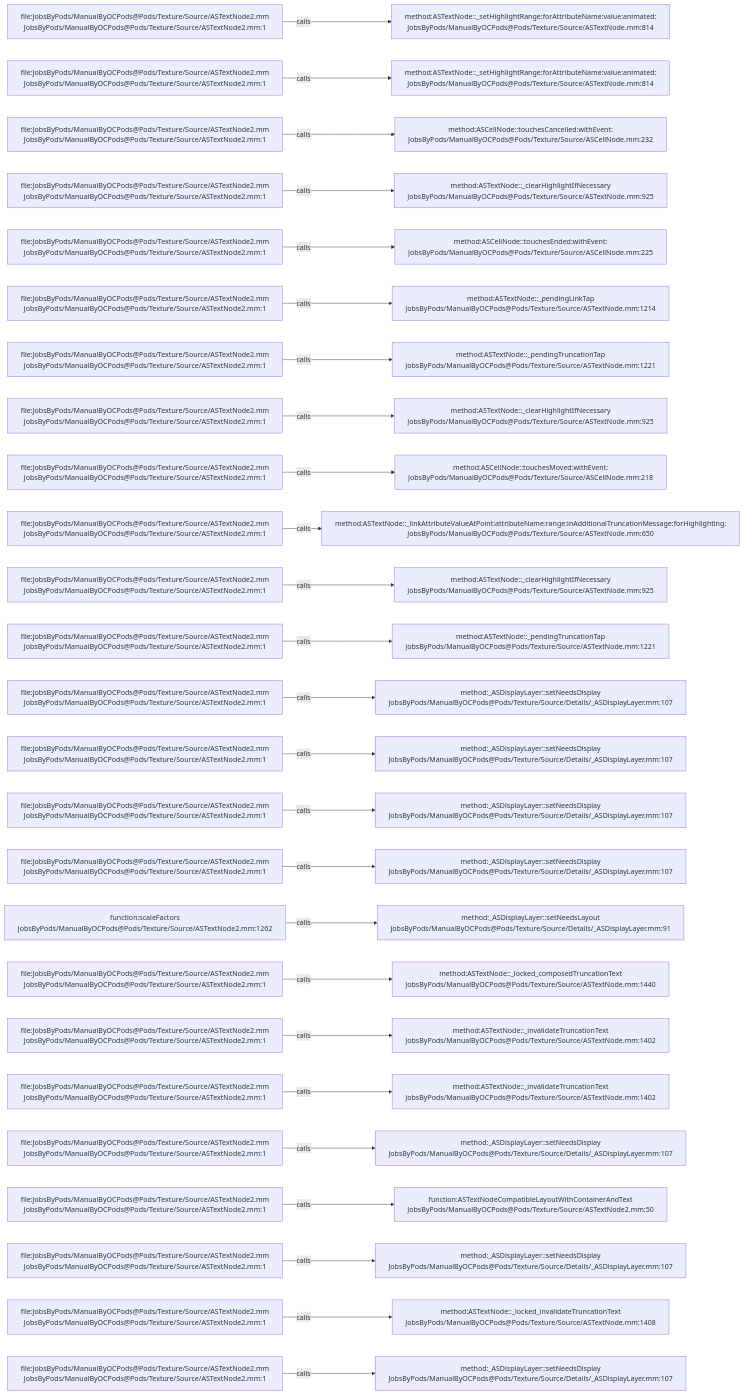
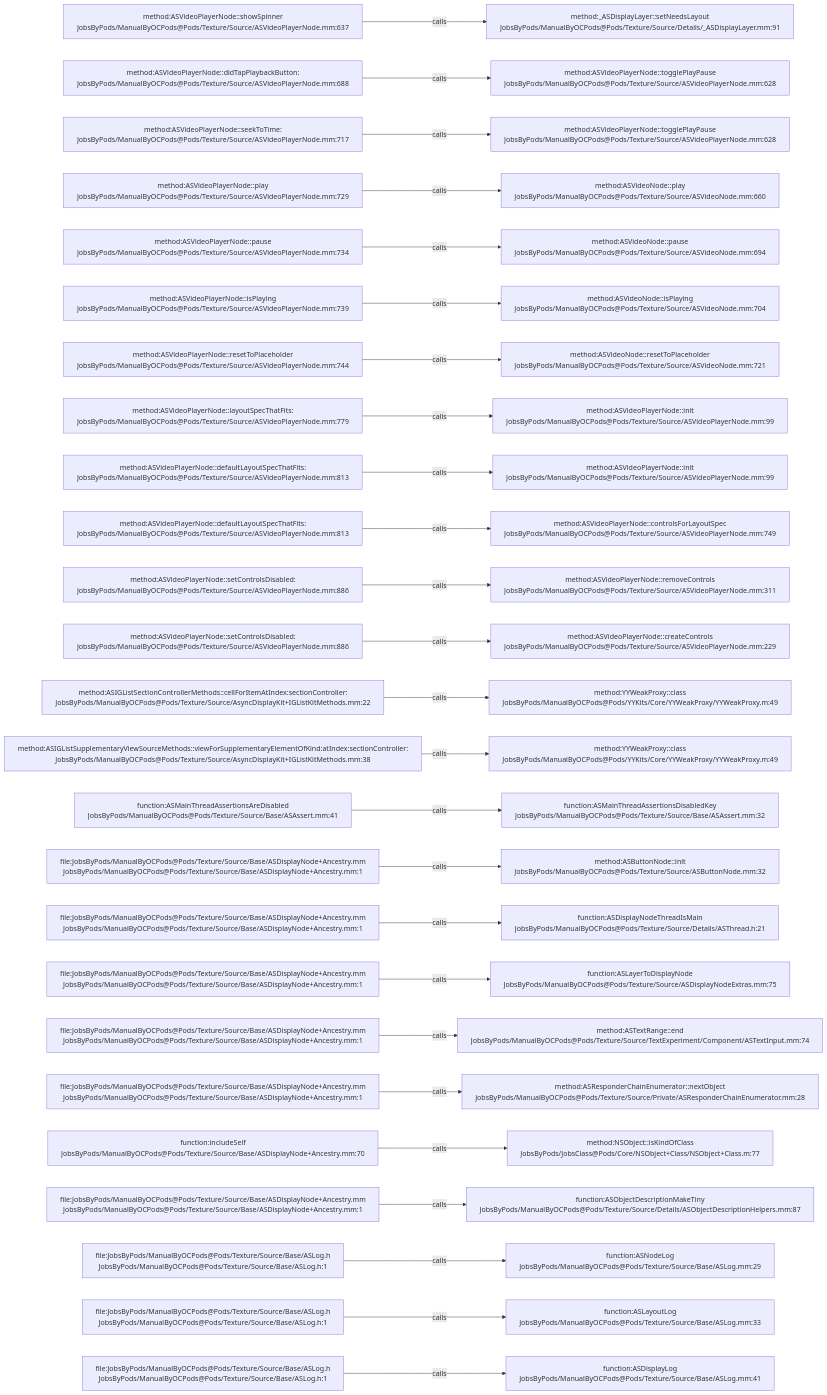
One commit to JobsKits/JobsOCBaseConfigDemo changed the diagram in .codegraph/codegraph.md/graphs/calls-139.md. Above: the diagram before and after it, drawn with Mermaid. The commit also changed 1448 other files, not shown here.

````diff
--- a/.codegraph/codegraph.md/graphs/calls-139.md
+++ b/.codegraph/codegraph.md/graphs/calls-139.md
@@ -13,78 +13,78 @@
 ```mermaid
 flowchart LR
-  S1["file:JobsByPods/ManualByOCPods@Pods/Texture/Source/ASTextNode2.mm<br/>JobsByPods/ManualByOCPods@Pods/Texture/Source/ASTextNode2.mm:1"]
-  T1["method:ASTextNode::_setHighlightRange:forAttributeName:value:animated:<br/>JobsByPods/ManualByOCPods@Pods/Texture/Source/ASTextNode.mm:814"]
+  S1["method:ASVideoPlayerNode::showSpinner<br/>JobsByPods/ManualByOCPods@Pods/Texture/Source/ASVideoPlayerNode.mm:637"]
+  T1["method:_ASDisplayLayer::setNeedsLayout<br/>JobsByPods/ManualByOCPods@Pods/Texture/Source/Details/_ASDisplayLayer.mm:91"]
   S1 -->|calls| T1
-  S2["file:JobsByPods/ManualByOCPods@Pods/Texture/Source/ASTextNode2.mm<br/>JobsByPods/ManualByOCPods@Pods/Texture/Source/ASTextNode2.mm:1"]
-  T2["method:ASTextNode::_setHighlightRange:forAttributeName:value:animated:<br/>JobsByPods/ManualByOCPods@Pods/Texture/Source/ASTextNode.mm:814"]
+  S2["method:ASVideoPlayerNode::didTapPlaybackButton:<br/>JobsByPods/ManualByOCPods@Pods/Texture/Source/ASVideoPlayerNode.mm:688"]
+  T2["method:ASVideoPlayerNode::togglePlayPause<br/>JobsByPods/ManualByOCPods@Pods/Texture/Source/ASVideoPlayerNode.mm:628"]
   S2 -->|calls| T2
-  S3["file:JobsByPods/ManualByOCPods@Pods/Texture/Source/ASTextNode2.mm<br/>JobsByPods/ManualByOCPods@Pods/Texture/Source/ASTextNode2.mm:1"]
-  T3["method:ASCellNode::touchesCancelled:withEvent:<br/>JobsByPods/ManualByOCPods@Pods/Texture/Source/ASCellNode.mm:232"]
+  S3["method:ASVideoPlayerNode::seekToTime:<br/>JobsByPods/ManualByOCPods@Pods/Texture/Source/ASVideoPlayerNode.mm:717"]
+  T3["method:ASVideoPlayerNode::togglePlayPause<br/>JobsByPods/ManualByOCPods@Pods/Texture/Source/ASVideoPlayerNode.mm:628"]
   S3 -->|calls| T3
-  S4["file:JobsByPods/ManualByOCPods@Pods/Texture/Source/ASTextNode2.mm<br/>JobsByPods/ManualByOCPods@Pods/Texture/Source/ASTextNode2.mm:1"]
-  T4["method:ASTextNode::_clearHighlightIfNecessary<br/>JobsByPods/ManualByOCPods@Pods/Texture/Source/ASTextNode.mm:925"]
+  S4["method:ASVideoPlayerNode::play<br/>JobsByPods/ManualByOCPods@Pods/Texture/Source/ASVideoPlayerNode.mm:729"]
+  T4["method:ASVideoNode::play<br/>JobsByPods/ManualByOCPods@Pods/Texture/Source/ASVideoNode.mm:660"]
   S4 -->|calls| T4
-  S5["file:JobsByPods/ManualByOCPods@Pods/Texture/Source/ASTextNode2.mm<br/>JobsByPods/ManualByOCPods@Pods/Texture/Source/ASTextNode2.mm:1"]
-  T5["method:ASCellNode::touchesEnded:withEvent:<br/>JobsByPods/ManualByOCPods@Pods/Texture/Source/ASCellNode.mm:225"]
+  S5["method:ASVideoPlayerNode::pause<br/>JobsByPods/ManualByOCPods@Pods/Texture/Source/ASVideoPlayerNode.mm:734"]
+  T5["method:ASVideoNode::pause<br/>JobsByPods/ManualByOCPods@Pods/Texture/Source/ASVideoNode.mm:694"]
   S5 -->|calls| T5
-  S6["file:JobsByPods/ManualByOCPods@Pods/Texture/Source/ASTextNode2.mm<br/>JobsByPods/ManualByOCPods@Pods/Texture/Source/ASTextNode2.mm:1"]
-  T6["method:ASTextNode::_pendingLinkTap<br/>JobsByPods/ManualByOCPods@Pods/Texture/Source/ASTextNode.mm:1214"]
+  S6["method:ASVideoPlayerNode::isPlaying<br/>JobsByPods/ManualByOCPods@Pods/Texture/Source/ASVideoPlayerNode.mm:739"]
+  T6["method:ASVideoNode::isPlaying<br/>JobsByPods/ManualByOCPods@Pods/Texture/Source/ASVideoNode.mm:704"]
   S6 -->|calls| T6
-  S7["file:JobsByPods/ManualByOCPods@Pods/Texture/Source/ASTextNode2.mm<br/>JobsByPods/ManualByOCPods@Pods/Texture/Source/ASTextNode2.mm:1"]
-  T7["method:ASTextNode::_pendingTruncationTap<br/>JobsByPods/ManualByOCPods@Pods/Texture/Source/ASTextNode.mm:1221"]
+  S7["method:ASVideoPlayerNode::resetToPlaceholder<br/>JobsByPods/ManualByOCPods@Pods/Texture/Source/ASVideoPlayerNode.mm:744"]
+  T7["method:ASVideoNode::resetToPlaceholder<br/>JobsByPods/ManualByOCPods@Pods/Texture/Source/ASVideoNode.mm:721"]
   S7 -->|calls| T7
-  S8["file:JobsByPods/ManualByOCPods@Pods/Texture/Source/ASTextNode2.mm<br/>JobsByPods/ManualByOCPods@Pods/Texture/Source/ASTextNode2.mm:1"]
-  T8["method:ASTextNode::_clearHighlightIfNecessary<br/>JobsByPods/ManualByOCPods@Pods/Texture/Source/ASTextNode.mm:925"]
+  S8["method:ASVideoPlayerNode::layoutSpecThatFits:<br/>JobsByPods/ManualByOCPods@Pods/Texture/Source/ASVideoPlayerNode.mm:779"]
+  T8["method:ASVideoPlayerNode::init<br/>JobsByPods/ManualByOCPods@Pods/Texture/Source/ASVideoPlayerNode.mm:99"]
   S8 -->|calls| T8
-  S9["file:JobsByPods/ManualByOCPods@Pods/Texture/Source/ASTextNode2.mm<br/>JobsByPods/ManualByOCPods@Pods/Texture/Source/ASTextNode2.mm:1"]
-  T9["method:ASCellNode::touchesMoved:withEvent:<br/>JobsByPods/ManualByOCPods@Pods/Texture/Source/ASCellNode.mm:218"]
+  S9["method:ASVideoPlayerNode::defaultLayoutSpecThatFits:<br/>JobsByPods/ManualByOCPods@Pods/Texture/Source/ASVideoPlayerNode.mm:813"]
+  T9["method:ASVideoPlayerNode::init<br/>JobsByPods/ManualByOCPods@Pods/Texture/Source/ASVideoPlayerNode.mm:99"]
   S9 -->|calls| T9
-  S10["file:JobsByPods/ManualByOCPods@Pods/Texture/Source/ASTextNode2.mm<br/>JobsByPods/ManualByOCPods@Pods/Texture/Source/ASTextNode2.mm:1"]
-  T10["method:ASTextNode::_linkAttributeValueAtPoint:attributeName:range:inAdditionalTruncationMessage:forHighlighting:<br/>JobsByPods/ManualByOCPods@Pods/Texture/Source/ASTextNode.mm:650"]
+  S10["method:ASVideoPlayerNode::defaultLayoutSpecThatFits:<br/>JobsByPods/ManualByOCPods@Pods/Texture/Source/ASVideoPlayerNode.mm:813"]
+  T10["method:ASVideoPlayerNode::controlsForLayoutSpec<br/>JobsByPods/ManualByOCPods@Pods/Texture/Source/ASVideoPlayerNode.mm:749"]
   S10 -->|calls| T10
-  S11["file:JobsByPods/ManualByOCPods@Pods/Texture/Source/ASTextNode2.mm<br/>JobsByPods/ManualByOCPods@Pods/Texture/Source/ASTextNode2.mm:1"]
-  T11["method:ASTextNode::_clearHighlightIfNecessary<br/>JobsByPods/ManualByOCPods@Pods/Texture/Source/ASTextNode.mm:925"]
+  S11["method:ASVideoPlayerNode::setControlsDisabled:<br/>JobsByPods/ManualByOCPods@Pods/Texture/Source/ASVideoPlayerNode.mm:886"]
+  T11["method:ASVideoPlayerNode::removeControls<br/>JobsByPods/ManualByOCPods@Pods/Texture/Source/ASVideoPlayerNode.mm:311"]
   S11 -->|calls| T11
-  S12["file:JobsByPods/ManualByOCPods@Pods/Texture/Source/ASTextNode2.mm<br/>JobsByPods/ManualByOCPods@Pods/Texture/Source/ASTextNode2.mm:1"]
-  T12["method:ASTextNode::_pendingTruncationTap<br/>JobsByPods/ManualByOCPods@Pods/Texture/Source/ASTextNode.mm:1221"]
+  S12["method:ASVideoPlayerNode::setControlsDisabled:<br/>JobsByPods/ManualByOCPods@Pods/Texture/Source/ASVideoPlayerNode.mm:886"]
+  T12["method:ASVideoPlayerNode::createControls<br/>JobsByPods/ManualByOCPods@Pods/Texture/Source/ASVideoPlayerNode.mm:229"]
   S12 -->|calls| T12
-  S13["file:JobsByPods/ManualByOCPods@Pods/Texture/Source/ASTextNode2.mm<br/>JobsByPods/ManualByOCPods@Pods/Texture/Source/ASTextNode2.mm:1"]
-  T13["method:_ASDisplayLayer::setNeedsDisplay<br/>JobsByPods/ManualByOCPods@Pods/Texture/Source/Details/_ASDisplayLayer.mm:107"]
+  S13["method:ASIGListSectionControllerMethods::cellForItemAtIndex:sectionController:<br/>JobsByPods/ManualByOCPods@Pods/Texture/Source/AsyncDisplayKit+IGListKitMethods.mm:22"]
+  T13["method:YYWeakProxy::class<br/>JobsByPods/ManualByOCPods@Pods/YYKits/Core/YYWeakProxy/YYWeakProxy.m:49"]
   S13 -->|calls| T13
-  S14["file:JobsByPods/ManualByOCPods@Pods/Texture/Source/ASTextNode2.mm<br/>JobsByPods/ManualByOCPods@Pods/Texture/Source/ASTextNode2.mm:1"]
-  T14["method:_ASDisplayLayer::setNeedsDisplay<br/>JobsByPods/ManualByOCPods@Pods/Texture/Source/Details/_ASDisplayLayer.mm:107"]
+  S14["method:ASIGListSupplementaryViewSourceMethods::viewForSupplementaryElementOfKind:atIndex:sectionController:<br/>JobsByPods/ManualByOCPods@Pods/Texture/Source/AsyncDisplayKit+IGListKitMethods.mm:38"]
+  T14["method:YYWeakProxy::class<br/>JobsByPods/ManualByOCPods@Pods/YYKits/Core/YYWeakProxy/YYWeakProxy.m:49"]
   S14 -->|calls| T14
-  S15["file:JobsByPods/ManualByOCPods@Pods/Texture/Source/ASTextNode2.mm<br/>JobsByPods/ManualByOCPods@Pods/Texture/Source/ASTextNode2.mm:1"]
-  T15["method:_ASDisplayLayer::setNeedsDisplay<br/>JobsByPods/ManualByOCPods@Pods/Texture/Source/Details/_ASDisplayLayer.mm:107"]
+  S15["function:ASMainThreadAssertionsAreDisabled<br/>JobsByPods/ManualByOCPods@Pods/Texture/Source/Base/ASAssert.mm:41"]
+  T15["function:ASMainThreadAssertionsDisabledKey<br/>JobsByPods/ManualByOCPods@Pods/Texture/Source/Base/ASAssert.mm:32"]
   S15 -->|calls| T15
-  S16["file:JobsByPods/ManualByOCPods@Pods/Texture/Source/ASTextNode2.mm<br/>JobsByPods/ManualByOCPods@Pods/Texture/Source/ASTextNode2.mm:1"]
-  T16["method:_ASDisplayLayer::setNeedsDisplay<br/>JobsByPods/ManualByOCPods@Pods/Texture/Source/Details/_ASDisplayLayer.mm:107"]
+  S16["file:JobsByPods/ManualByOCPods@Pods/Texture/Source/Base/ASDisplayNode+Ancestry.mm<br/>JobsByPods/ManualByOCPods@Pods/Texture/Source/Base/ASDisplayNode+Ancestry.mm:1"]
+  T16["method:ASButtonNode::init<br/>JobsByPods/ManualByOCPods@Pods/Texture/Source/ASButtonNode.mm:32"]
   S16 -->|calls| T16
-  S17["function:scaleFactors<br/>JobsByPods/ManualByOCPods@Pods/Texture/Source/ASTextNode2.mm:1262"]
-  T17["method:_ASDisplayLayer::setNeedsLayout<br/>JobsByPods/ManualByOCPods@Pods/Texture/Source/Details/_ASDisplayLayer.mm:91"]
+  S17["file:JobsByPods/ManualByOCPods@Pods/Texture/Source/Base/ASDisplayNode+Ancestry.mm<br/>JobsByPods/ManualByOCPods@Pods/Texture/Source/Base/ASDisplayNode+Ancestry.mm:1"]
+  T17["function:ASDisplayNodeThreadIsMain<br/>JobsByPods/ManualByOCPods@Pods/Texture/Source/Details/ASThread.h:21"]
   S17 -->|calls| T17
-  S18["file:JobsByPods/ManualByOCPods@Pods/Texture/Source/ASTextNode2.mm<br/>JobsByPods/ManualByOCPods@Pods/Texture/Source/ASTextNode2.mm:1"]
-  T18["method:ASTextNode::_locked_composedTruncationText<br/>JobsByPods/ManualByOCPods@Pods/Texture/Source/ASTextNode.mm:1440"]
+  S18["file:JobsByPods/ManualByOCPods@Pods/Texture/Source/Base/ASDisplayNode+Ancestry.mm<br/>JobsByPods/ManualByOCPods@Pods/Texture/Source/Base/ASDisplayNode+Ancestry.mm:1"]
+  T18["function:ASLayerToDisplayNode<br/>JobsByPods/ManualByOCPods@Pods/Texture/Source/ASDisplayNodeExtras.mm:75"]
   S18 -->|calls| T18
-  S19["file:JobsByPods/ManualByOCPods@Pods/Texture/Source/ASTextNode2.mm<br/>JobsByPods/ManualByOCPods@Pods/Texture/Source/ASTextNode2.mm:1"]
-  T19["method:ASTextNode::_invalidateTruncationText<br/>JobsByPods/ManualByOCPods@Pods/Texture/Source/ASTextNode.mm:1402"]
+  S19["file:JobsByPods/ManualByOCPods@Pods/Texture/Source/Base/ASDisplayNode+Ancestry.mm<br/>JobsByPods/ManualByOCPods@Pods/Texture/Source/Base/ASDisplayNode+Ancestry.mm:1"]
+  T19["method:ASTextRange::end<br/>JobsByPods/ManualByOCPods@Pods/Texture/Source/TextExperiment/Component/ASTextInput.mm:74"]
   S19 -->|calls| T19
-  S20["file:JobsByPods/ManualByOCPods@Pods/Texture/Source/ASTextNode2.mm<br/>JobsByPods/ManualByOCPods@Pods/Texture/Source/ASTextNode2.mm:1"]
-  T20["method:ASTextNode::_invalidateTruncationText<br/>JobsByPods/ManualByOCPods@Pods/Texture/Source/ASTextNode.mm:1402"]
+  S20["file:JobsByPods/ManualByOCPods@Pods/Texture/Source/Base/ASDisplayNode+Ancestry.mm<br/>JobsByPods/ManualByOCPods@Pods/Texture/Source/Base/ASDisplayNode+Ancestry.mm:1"]
+  T20["method:ASResponderChainEnumerator::nextObject<br/>JobsByPods/ManualByOCPods@Pods/Texture/Source/Private/ASResponderChainEnumerator.mm:28"]
   S20 -->|calls| T20
-  S21["file:JobsByPods/ManualByOCPods@Pods/Texture/Source/ASTextNode2.mm<br/>JobsByPods/ManualByOCPods@Pods/Texture/Source/ASTextNode2.mm:1"]
-  T21["method:_ASDisplayLayer::setNeedsDisplay<br/>JobsByPods/ManualByOCPods@Pods/Texture/Source/Details/_ASDisplayLayer.mm:107"]
+  S21["function:includeSelf<br/>JobsByPods/ManualByOCPods@Pods/Texture/Source/Base/ASDisplayNode+Ancestry.mm:70"]
+  T21["method:NSObject::isKindOfClass<br/>JobsByPods/JobsClass@Pods/Core/NSObject+Class/NSObject+Class.m:77"]
   S21 -->|calls| T21
-  S22["file:JobsByPods/ManualByOCPods@Pods/Texture/Source/ASTextNode2.mm<br/>JobsByPods/ManualByOCPods@Pods/Texture/Source/ASTextNode2.mm:1"]
-  T22["function:ASTextNodeCompatibleLayoutWithContainerAndText<br/>JobsByPods/ManualByOCPods@Pods/Texture/Source/ASTextNode2.mm:50"]
+  S22["file:JobsByPods/ManualByOCPods@Pods/Texture/Source/Base/ASDisplayNode+Ancestry.mm<br/>JobsByPods/ManualByOCPods@Pods/Texture/Source/Base/ASDisplayNode+Ancestry.mm:1"]
+  T22["function:ASObjectDescriptionMakeTiny<br/>JobsByPods/ManualByOCPods@Pods/Texture/Source/Details/ASObjectDescriptionHelpers.mm:87"]
   S22 -->|calls| T22
-  S23["file:JobsByPods/ManualByOCPods@Pods/Texture/Source/ASTextNode2.mm<br/>JobsByPods/ManualByOCPods@Pods/Texture/Source/ASTextNode2.mm:1"]
-  T23["method:_ASDisplayLayer::setNeedsDisplay<br/>JobsByPods/ManualByOCPods@Pods/Texture/Source/Details/_ASDisplayLayer.mm:107"]
+  S23["file:JobsByPods/ManualByOCPods@Pods/Texture/Source/Base/ASLog.h<br/>JobsByPods/ManualByOCPods@Pods/Texture/Source/Base/ASLog.h:1"]
+  T23["function:ASNodeLog<br/>JobsByPods/ManualByOCPods@Pods/Texture/Source/Base/ASLog.mm:29"]
   S23 -->|calls| T23
-  S24["file:JobsByPods/ManualByOCPods@Pods/Texture/Source/ASTextNode2.mm<br/>JobsByPods/ManualByOCPods@Pods/Texture/Source/ASTextNode2.mm:1"]
-  T24["method:ASTextNode::_locked_invalidateTruncationText<br/>JobsByPods/ManualByOCPods@Pods/Texture/Source/ASTextNode.mm:1408"]
+  S24["file:JobsByPods/ManualByOCPods@Pods/Texture/Source/Base/ASLog.h<br/>JobsByPods/ManualByOCPods@Pods/Texture/Source/Base/ASLog.h:1"]
+  T24["function:ASLayoutLog<br/>JobsByPods/ManualByOCPods@Pods/Texture/Source/Base/ASLog.mm:33"]
   S24 -->|calls| T24
-  S25["file:JobsByPods/ManualByOCPods@Pods/Texture/Source/ASTextNode2.mm<br/>JobsByPods/ManualByOCPods@Pods/Texture/Source/ASTextNode2.mm:1"]
-  T25["method:_ASDisplayLayer::setNeedsDisplay<br/>JobsByPods/ManualByOCPods@Pods/Texture/Source/Details/_ASDisplayLayer.mm:107"]
+  S25["file:JobsByPods/ManualByOCPods@Pods/Texture/Source/Base/ASLog.h<br/>JobsByPods/ManualByOCPods@Pods/Texture/Source/Base/ASLog.h:1"]
+  T25["function:ASDisplayLog<br/>JobsByPods/ManualByOCPods@Pods/Texture/Source/Base/ASLog.mm:41"]
   S25 -->|calls| T25
 ```
````
